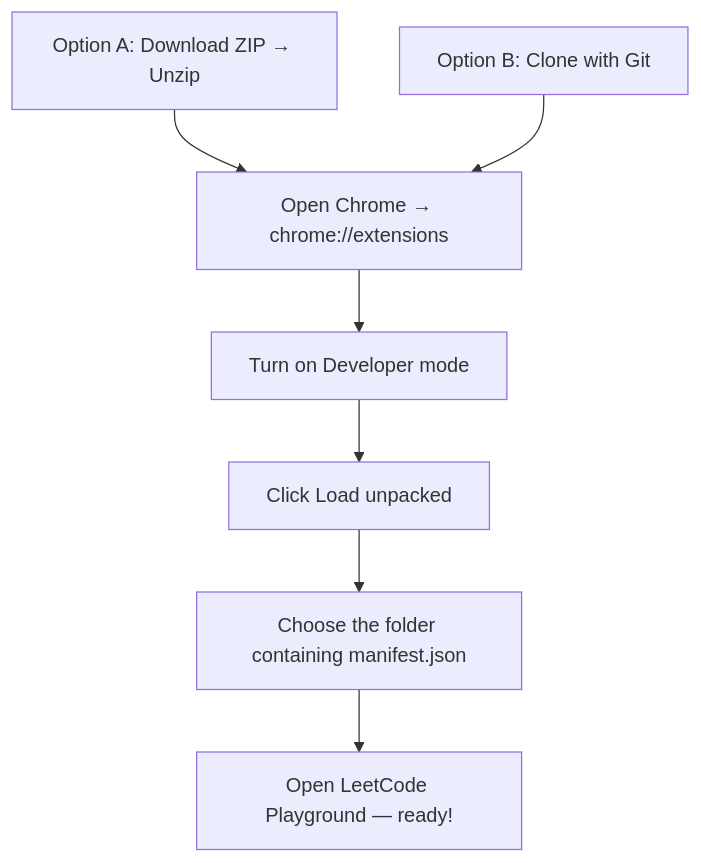
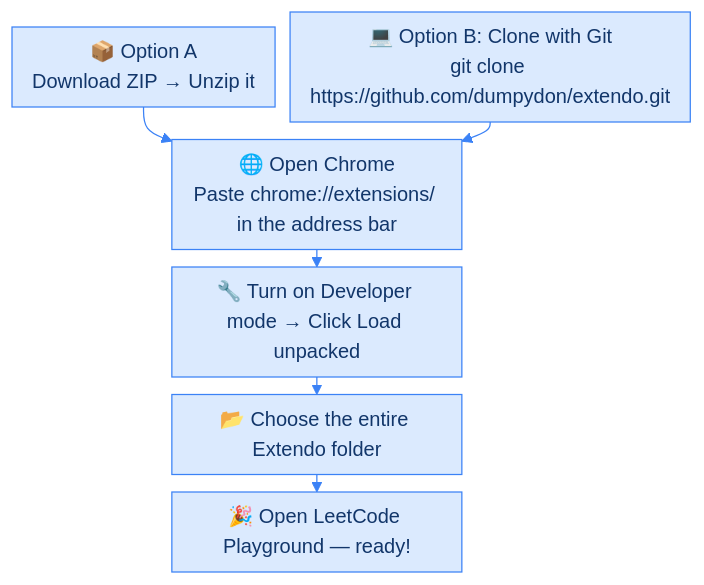
The diagram in README.md (dumpydon/extendo), drawn with Mermaid before and after one commit. The commit also changed other lines of this file, not shown here.

Commit message:
docs: compact blue installation flow with complete setup steps

````diff
--- a/README.md
+++ b/README.md
@@ -74,9 +74,25 @@
 ```mermaid
+---
+config:
+  theme: base
+  themeVariables:
+    fontSize: 16px
+    primaryColor: "#dbeafe"
+    primaryTextColor: "#12366a"
+    primaryBorderColor: "#3b82f6"
+    lineColor: "#3b82f6"
+  flowchart:
+    nodeSpacing: 12
+    rankSpacing: 14
+    padding: 8
+    diagramPadding: 4
+---
 flowchart TD
-    A["Option A: Download ZIP → Unzip"] --> C["Open Chrome → chrome://extensions"]
-    B["Option B: Clone with Git"] --> C
-    C --> D["Turn on Developer mode"]
-    D --> E["Click Load unpacked"]
-    E --> F["Choose the folder containing manifest.json"]
-    F --> G["Open LeetCode Playground — ready!"]
+    A["📦 Option A<br/>Download ZIP → Unzip it"] --> C["🌐 Open Chrome<br/>Paste chrome://extensions/ in the address bar"]
+    B["💻 Option B: Clone with Git<br/>git clone https://github.com/dumpydon/extendo.git"] --> C
+    C --> D["🔧 Turn on Developer mode → Click Load unpacked"]
+    D --> E["📂 Choose the entire Extendo folder"]
+    E --> F["🎉 Open LeetCode Playground — ready!"]
+    classDef blue fill:#dbeafe,stroke:#3b82f6,color:#12366a,stroke-width:1px
+    class A,B,C,D,E,F blue
 ```
````
